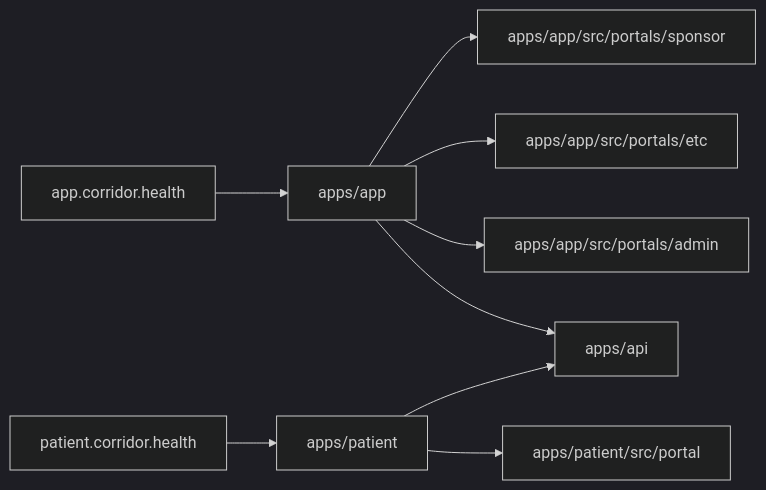
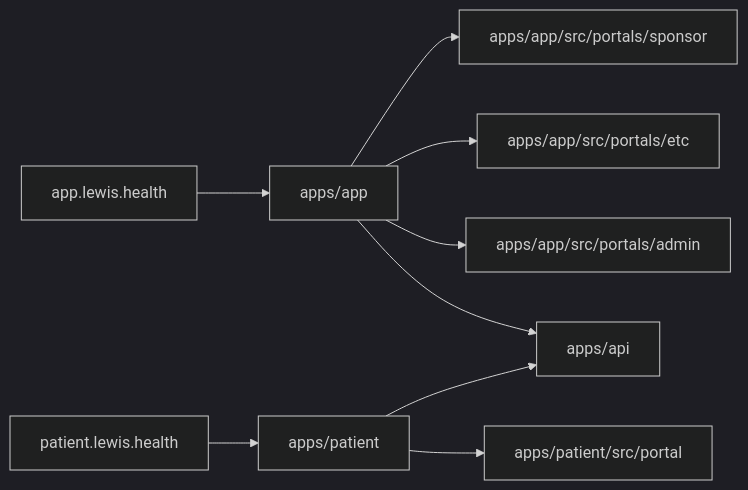
Before and after one commit to chiefnova/lewis: the diagram in CLAUDE.md, drawn with Mermaid (dark theme). The commit also changed other lines of this file and 126 other files, not shown here.

First line of the commit message:
chore: rebrand Corridor → Lewis (v0.0.5.0)

````diff
--- a/CLAUDE.md
+++ b/CLAUDE.md
@@ -16,11 +16,11 @@
 ```mermaid
 flowchart LR
-  AppHost[app.corridor.health] --> App[apps/app]
+  AppHost[app.lewis.health] --> App[apps/app]
   App --> Sponsor[apps/app/src/portals/sponsor]
   App --> ETC[apps/app/src/portals/etc]
   App --> Admin[apps/app/src/portals/admin]
-  PatientHost[patient.corridor.health] --> Patient[apps/patient]
+  PatientHost[patient.lewis.health] --> Patient[apps/patient]
   Patient --> PatientPortal[apps/patient/src/portal]
   App --> API[apps/api]
   Patient --> API
 ```
````
